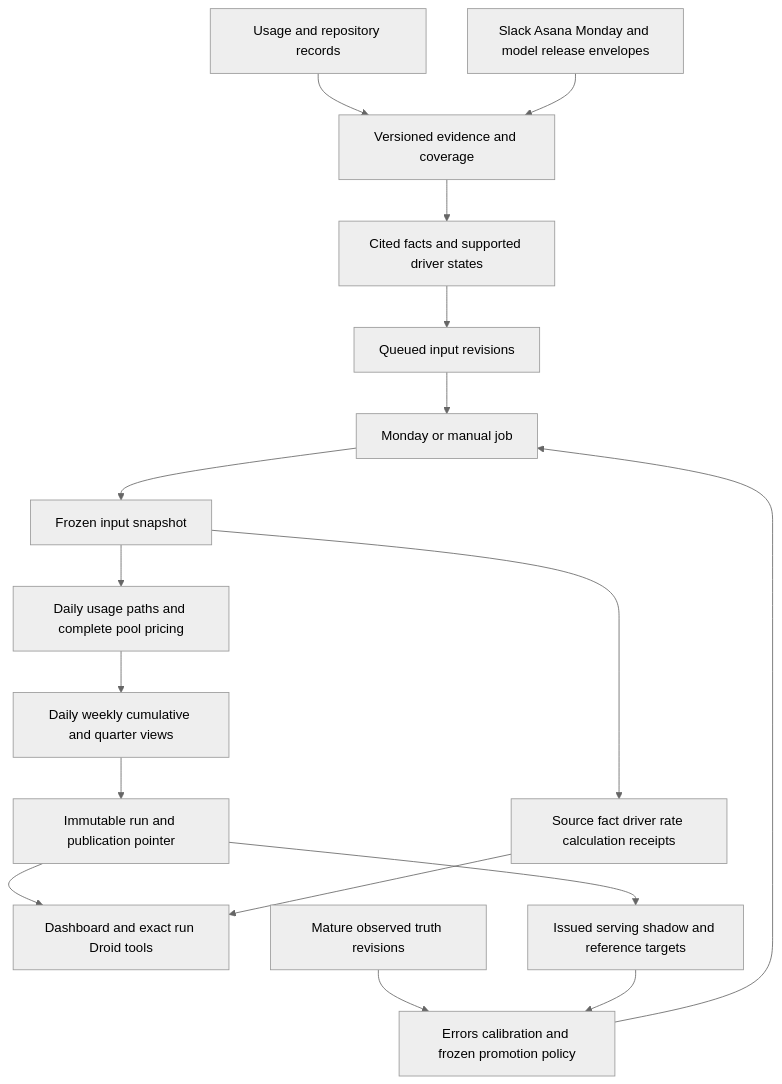
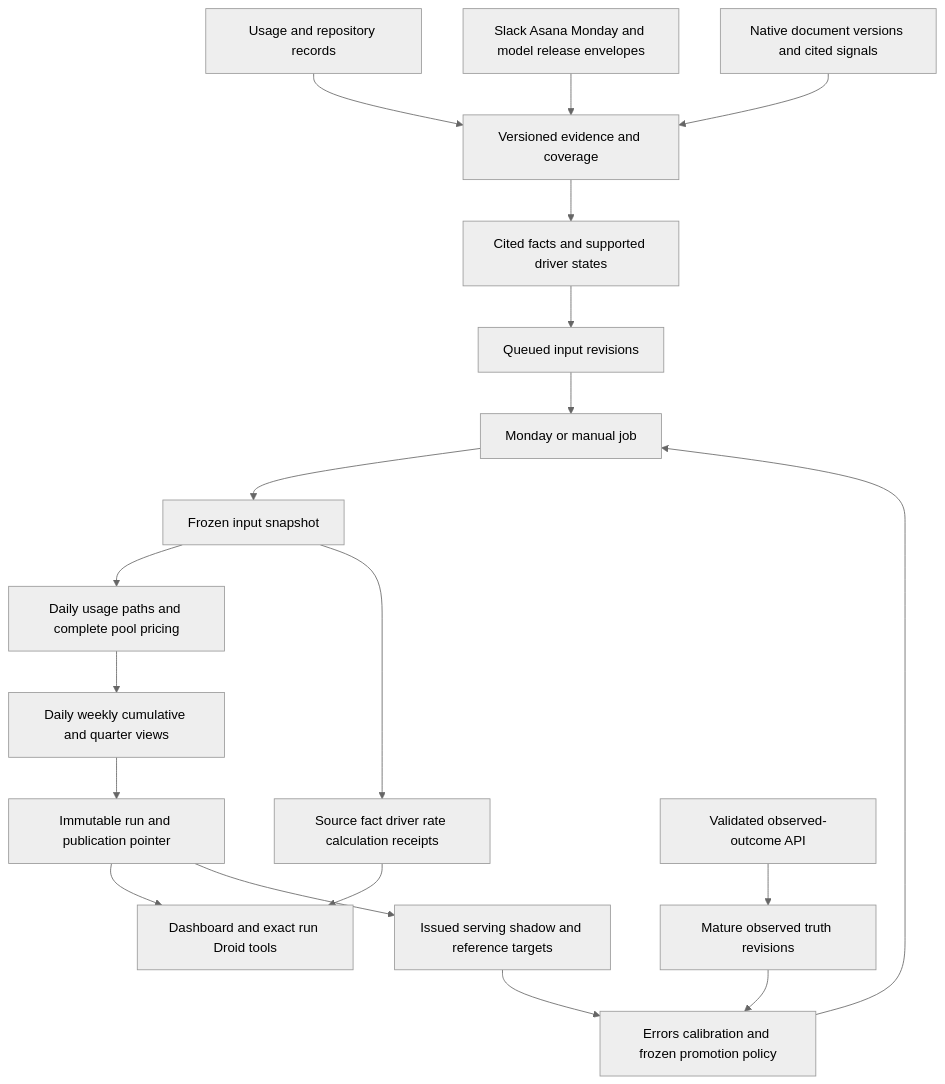
The diagram in docs/implementation/forecast-integration.md (aaronbao1/subak), drawn with Mermaid (neutral theme) before and after one commit. The commit also changed other lines of this file and 72 other files, not shown here.

Commit message:
Verify and repair forecasting architecture integration

````diff
--- a/docs/implementation/forecast-integration.md
+++ b/docs/implementation/forecast-integration.md
@@ -5,19 +5,21 @@
 ```mermaid
 flowchart TD
   R[Usage and repository records] --> E[Versioned evidence and coverage]
   C[Slack Asana Monday and model release envelopes] --> E
+  D[Native document versions and cited signals] --> E
   E --> X[Cited facts and supported driver states]
   X --> Q[Queued input revisions]
   Q --> J[Monday or manual job]
   J --> S[Frozen input snapshot]
   S --> N[Daily usage paths and complete pool pricing]
   N --> V[Daily weekly cumulative and quarter views]
   V --> P[Immutable run and publication pointer]
   P --> U[Dashboard and exact run Droid tools]
   S --> A[Source fact driver rate calculation receipts]
   A --> U
   P --> T[Issued serving shadow and reference targets]
-  O[Mature observed truth revisions] --> L[Errors calibration and frozen promotion policy]
+  I[Validated observed-outcome API] --> O[Mature observed truth revisions]
+  O --> L[Errors calibration and frozen promotion policy]
   T --> L
   L --> J
 ```
````
